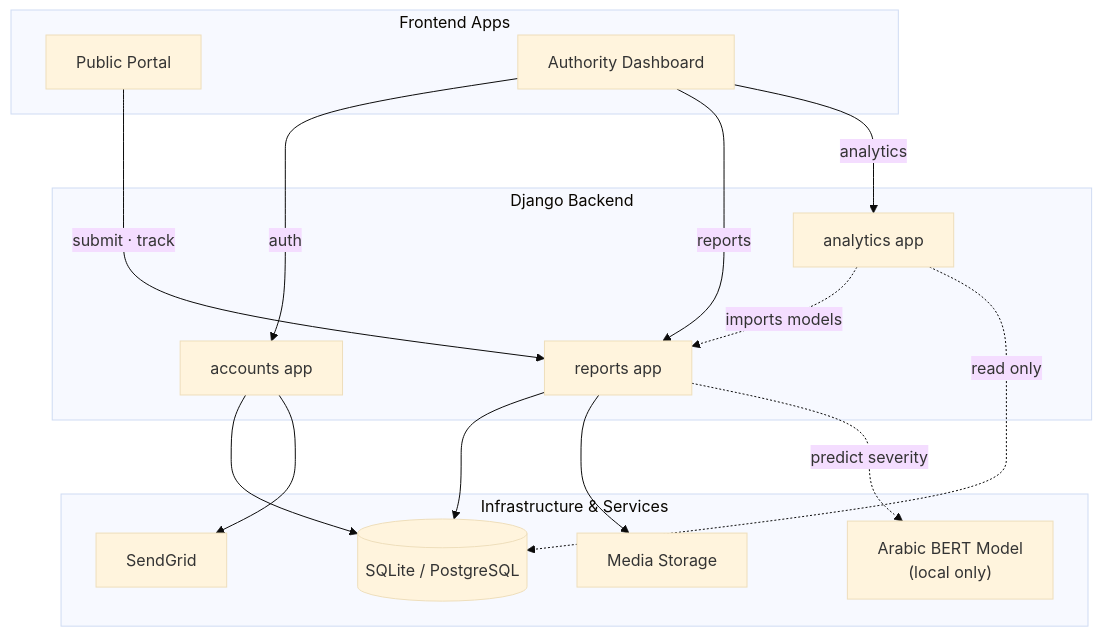
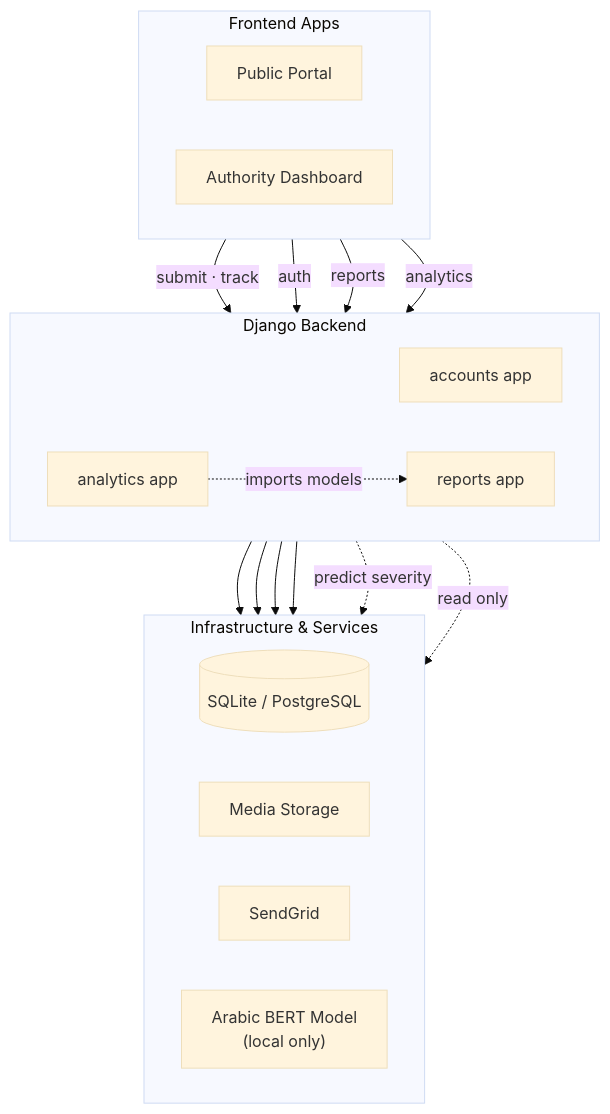
Before and after one commit to salmakhalill/Python-Sec-Sandbox: the first of 2 diagrams in test.md, drawn with Mermaid (base theme).

Commit message:
Update flowchart structure in test.md

````diff
--- a/test.md
+++ b/test.md
@@ -22,45 +22,47 @@
 ```mermaid
 flowchart TD
 
     %% Frontends
     subgraph F["Frontend Apps"]
+        direction LR
         P["Public Portal"]
         D["Authority Dashboard"]
     end
 
     %% Backend
     subgraph B["Django Backend"]
+        direction LR
         AC["accounts app"]
         R["reports app"]
         AN["analytics app"]
     end
 
     %% Infrastructure
     subgraph I["Infrastructure & Services"]
+        direction LR
         DB[("SQLite / PostgreSQL")]
         MED["Media Storage"]
         SG["SendGrid"]
         ML["Arabic BERT Model<br/>(local only)"]
     end
 
-    %% Public portal
+    %% Frontend → Backend
     P -->|"submit · track"| R
 
-    %% Dashboard
     D -->|"auth"| AC
     D -->|"reports"| R
     D -->|"analytics"| AN
 
     %% Internal dependency
     AN -.->|"imports models"| R
 
-    %% Backend connections
+    %% Backend → Infrastructure
     AC --> DB
     AC --> SG
 
     R --> DB
     R --> MED
     R -.->|"predict severity"| ML
 
     AN -.->|"read only"| DB
 ```
````
